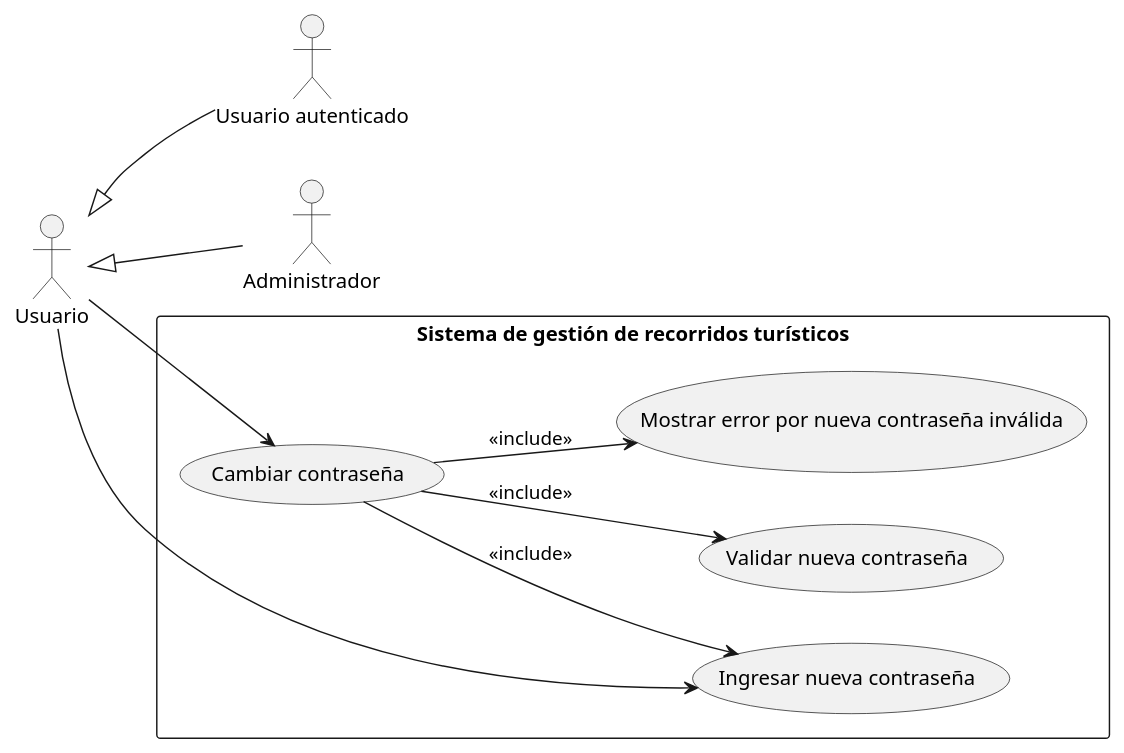
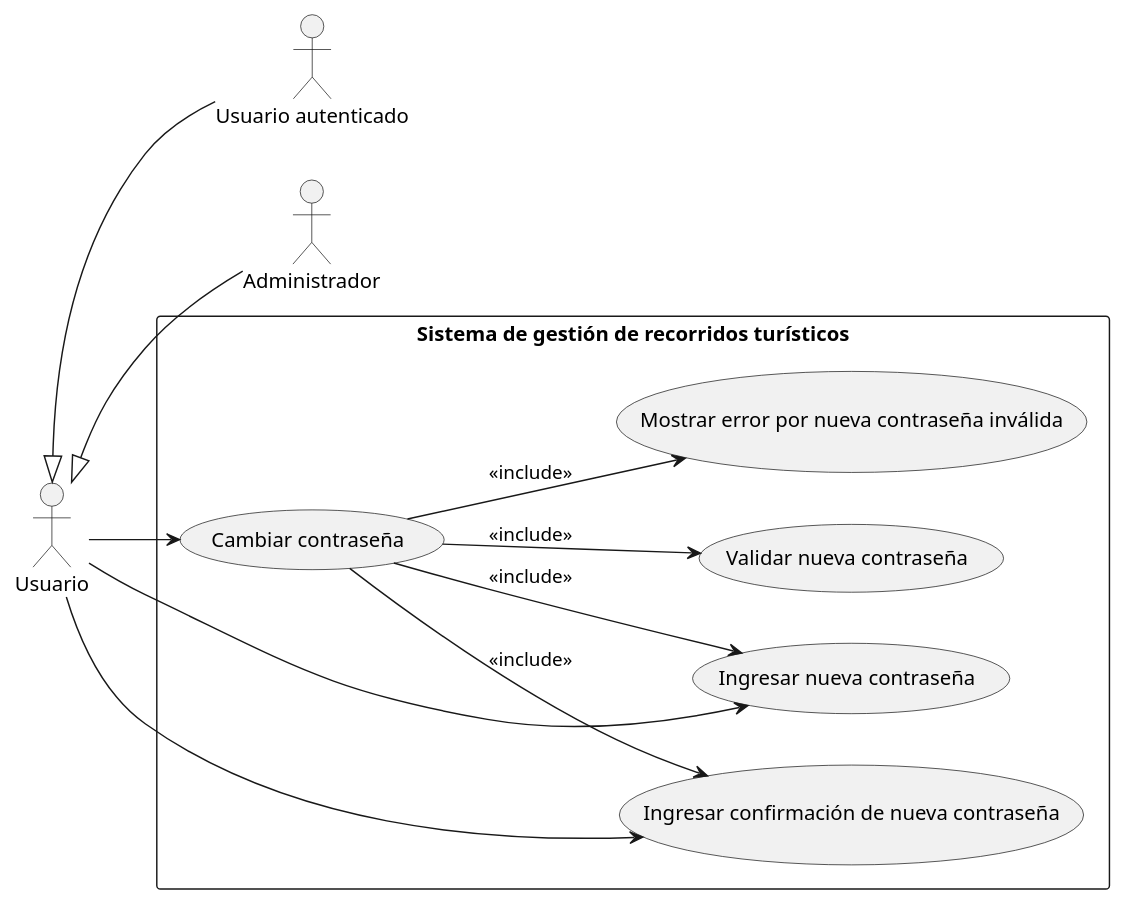
The diagram in diagramas_modulo_autenticacion/casos-uso-modulo-autenticacion/CU_Cambiar_contraseña.puml (LauKnitIn/SISTEMA-GESTOR-DE-RECORRIDOS), drawn with PlantUML before and after one commit. The commit also changed 11 other files, not shown here.

Commit message:
Se modificaron los diagramas de secuencia y actividades del módulo de autenticación

```diff
--- a/diagramas_modulo_autenticacion/casos-uso-modulo-autenticacion/CU_Cambiar_contraseña.puml
+++ b/diagramas_modulo_autenticacion/casos-uso-modulo-autenticacion/CU_Cambiar_contraseña.puml
@@ -1,24 +1,27 @@
 @startuml
 left to right direction
 
 actor Usuario
 actor "Usuario autenticado" as authUser
 actor Administrador
 
 Usuario <|-- authUser
 Usuario <|-- Administrador
 
 rectangle "Sistema de gestión de recorridos turísticos" {
   usecase "Cambiar contraseña" as UC_main
   usecase "Ingresar nueva contraseña" as UC1
   usecase "Validar nueva contraseña" as UC2
   usecase "Mostrar error por nueva contraseña inválida" as UC3
+  usecase "Ingresar confirmación de nueva contraseña" as UC4
 
   UC_main --> UC1 : <<include>>
   UC_main --> UC2 : <<include>>
   UC_main --> UC3 : <<include>>
+  UC_main --> UC4 : <<include>>
 }
 
 Usuario --> UC_main
 Usuario --> UC1
+Usuario --> UC4
 @enduml
```
